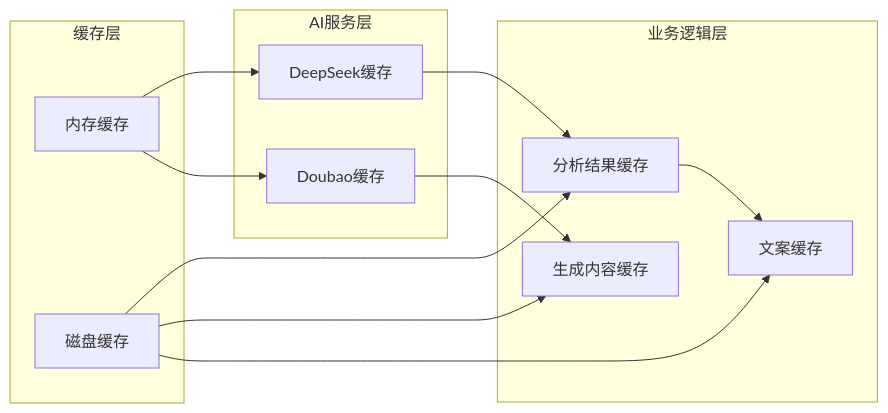
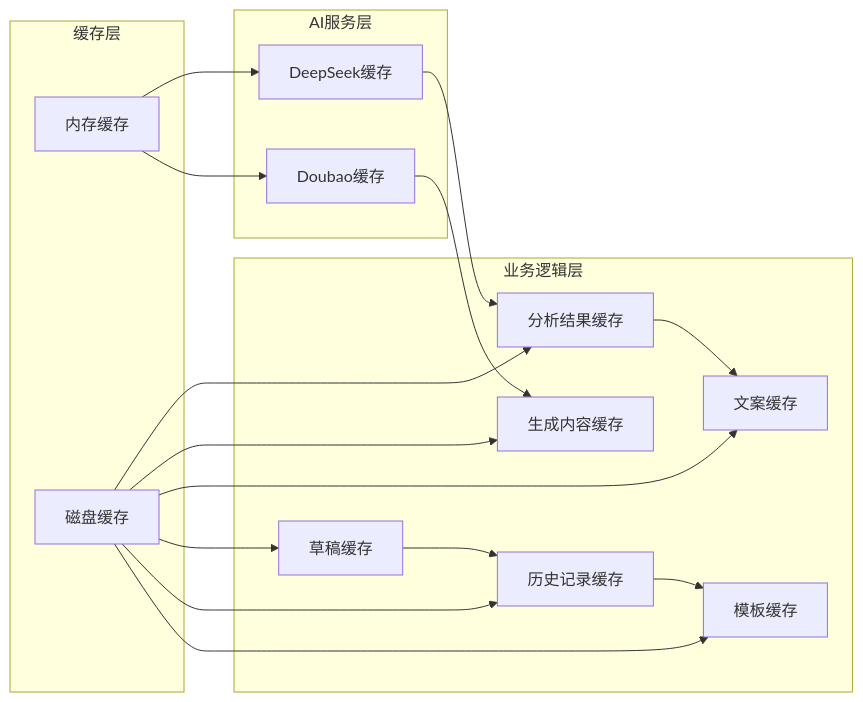
Before and after one commit to songdiyang/clawOperations: diagram 17 of 17 in .qoder/repowiki/zh/content/核心模块详解/Web界面系统/AI创作页面.md, drawn with Mermaid. The commit also changed other lines of this file and 52 other files, not shown here.

````diff
--- a/.qoder/repowiki/zh/content/核心模块详解/Web界面系统/AI创作页面.md
+++ b/.qoder/repowiki/zh/content/核心模块详解/Web界面系统/AI创作页面.md
@@ -585,24 +727,32 @@
 ```mermaid
 graph LR
 subgraph "缓存层"
 Memory[内存缓存]
 Disk[磁盘缓存]
 end
 subgraph "AI服务层"
 DS[DeepSeek缓存]
 DB[Doubao缓存]
 end
 subgraph "业务逻辑层"
 Analyzer[分析结果缓存]
 Content[生成内容缓存]
 Copywriting[文案缓存]
+Draft[草稿缓存]
+History[历史记录缓存]
+Template[模板缓存]
 end
 Memory --> DS
 Memory --> DB
 Disk --> Analyzer
 Disk --> Content
 Disk --> Copywriting
+Disk --> Draft
+Disk --> History
+Disk --> Template
 DS --> Analyzer
 DB --> Content
 Analyzer --> Copywriting
+Draft --> History
+History --> Template
 ```
````
